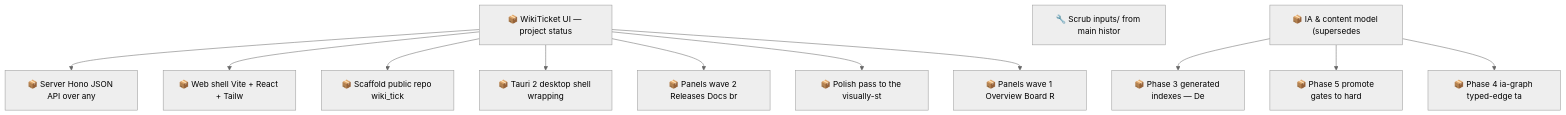
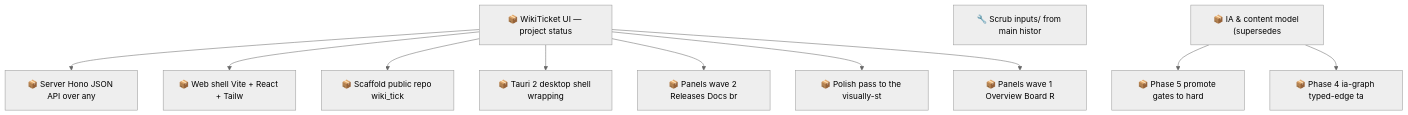
The second of 2 diagrams in docs/roadmap.md (SpillwaveSolutions/wiki_ticket_sdd), drawn with Mermaid (neutral theme) before and after one commit. The commit also changed other lines of this file and 9 other files, not shown here.

First line of the commit message:
feat(ia): Phase 3 — indexes wired into release + plan-capture flows (item 01KY5G9ZW0MQ)

````diff
--- a/docs/roadmap.md
+++ b/docs/roadmap.md
@@ -103,26 +100,24 @@
 ```mermaid
 graph TD
     01KY111BC71KJGNH55CB2DWMKN["📦 Server Hono JSON API over any"]
     01KY111BC7B70C7M2RF1E57G17["📦 Web shell Vite + React + Tailw"]
     01KY111BC7NJ4BE7JBDK2P6Y56["📦 Scaffold public repo wiki_tick"]
     01KY111BC7PABV8W6SDNVQACSN["📦 WikiTicket UI — project status"]
     01KY111BC842N3J7Y7H85NHSEG["📦 Tauri 2 desktop shell wrapping"]
     01KY111BC88FS6QD49JADZ9CJ5["📦 Panels wave 2 Releases Docs br"]
     01KY111BC8F9BH0T3TERYEFC3C["📦 Polish pass to the visually-st"]
     01KY111BC8QJAS9KH7N368N6RF["📦 Panels wave 1 Overview Board R"]
     01KY2KHHF43KAZ54F57BQW71TD["🔧 Scrub inputs/ from main histor"]
     01KY5G9ZW0H2YMNWDFJYGRPYE5["📦 IA & content model (supersedes"]
-    01KY5G9ZW0MQD9335S641DC7ZG["📦 Phase 3 generated indexes — De"]
     01KY5G9ZW0RABXWHEMEP1FAV2G["📦 Phase 5 promote gates to hard"]
     01KY5G9ZW0Z6JFMVTAFC54RM36["📦 Phase 4 ia-graph typed-edge ta"]
     01KY111BC7PABV8W6SDNVQACSN --> 01KY111BC71KJGNH55CB2DWMKN
     01KY111BC7PABV8W6SDNVQACSN --> 01KY111BC7B70C7M2RF1E57G17
     01KY111BC7PABV8W6SDNVQACSN --> 01KY111BC7NJ4BE7JBDK2P6Y56
     01KY111BC7PABV8W6SDNVQACSN --> 01KY111BC842N3J7Y7H85NHSEG
     01KY111BC7PABV8W6SDNVQACSN --> 01KY111BC88FS6QD49JADZ9CJ5
     01KY111BC7PABV8W6SDNVQACSN --> 01KY111BC8F9BH0T3TERYEFC3C
     01KY111BC7PABV8W6SDNVQACSN --> 01KY111BC8QJAS9KH7N368N6RF
-    01KY5G9ZW0H2YMNWDFJYGRPYE5 --> 01KY5G9ZW0MQD9335S641DC7ZG
     01KY5G9ZW0H2YMNWDFJYGRPYE5 --> 01KY5G9ZW0RABXWHEMEP1FAV2G
     01KY5G9ZW0H2YMNWDFJYGRPYE5 --> 01KY5G9ZW0Z6JFMVTAFC54RM36
 ```
````
